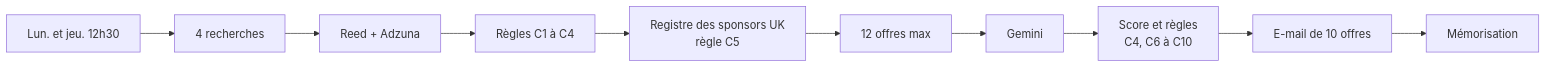
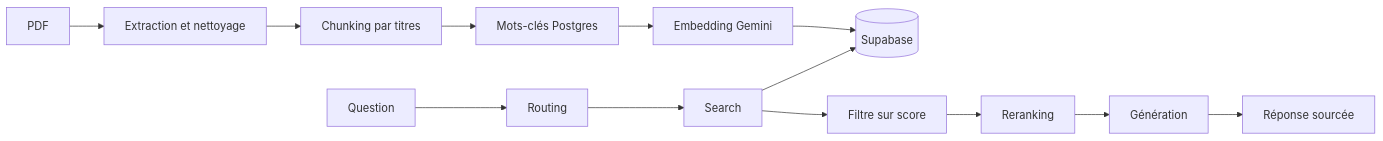
Before and after one commit to nataliamedranosow/Natalia_n8n_Rendu: the diagram in README.md, drawn with Mermaid. The commit also changed other lines of this file and 55 other files, not shown here.

````diff
--- a/README.md
+++ b/README.md
@@ -33,6 +28,6 @@
 ```mermaid
 flowchart LR
-  A[Lun. et jeu. 12h30] --> B[4 recherches] --> C[Reed + Adzuna]
-  C --> D[Règles C1 à C4] --> E[Registre des sponsors UK<br/>règle C5] --> F[12 offres max] --> G[Gemini]
-  G --> H[Score et règles<br/>C4, C6 à C10] --> I[E-mail de 10 offres] --> J[Mémorisation]
+  A[PDF] --> B[Extraction et nettoyage] --> C[Chunking par titres] --> D[Mots-clés Postgres] --> E[Embedding Gemini] --> F[(Supabase)]
+  Q[Question] --> R[Routing] --> S[Search] --> F
+  S --> T[Filtre sur score] --> U[Reranking] --> V[Génération] --> W[Réponse sourcée]
 ```
````
